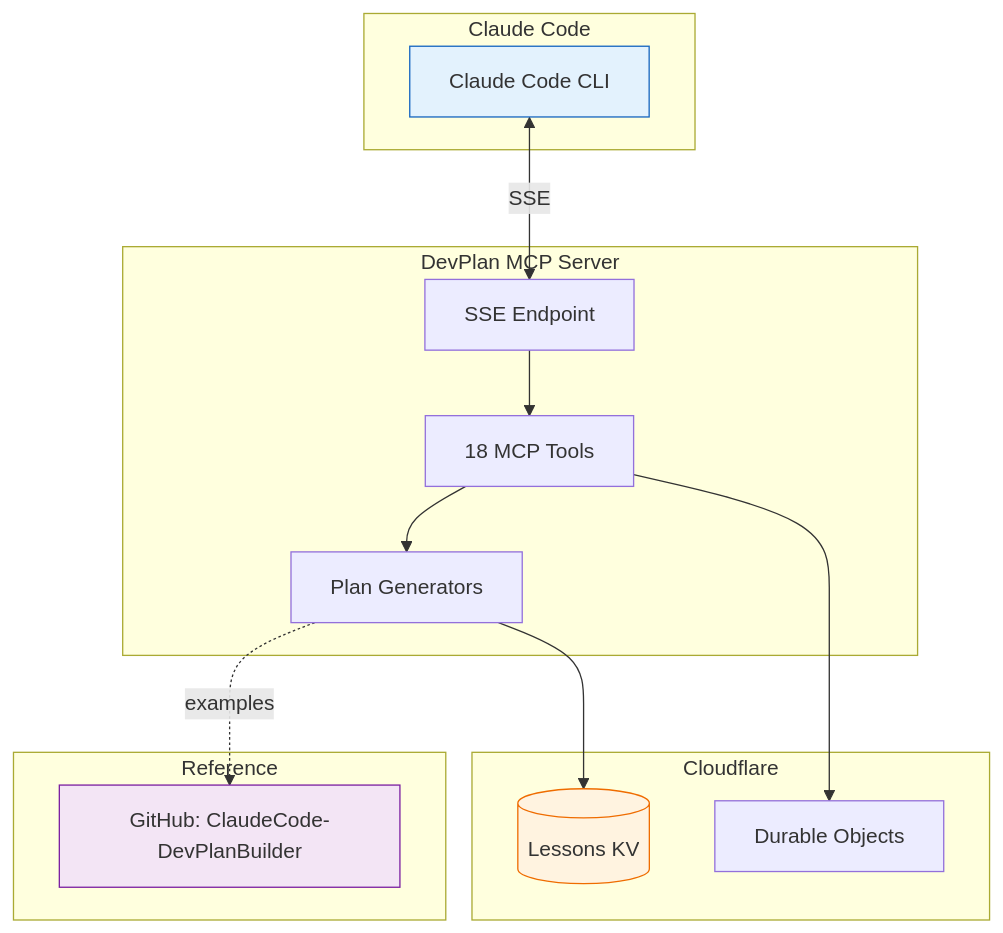
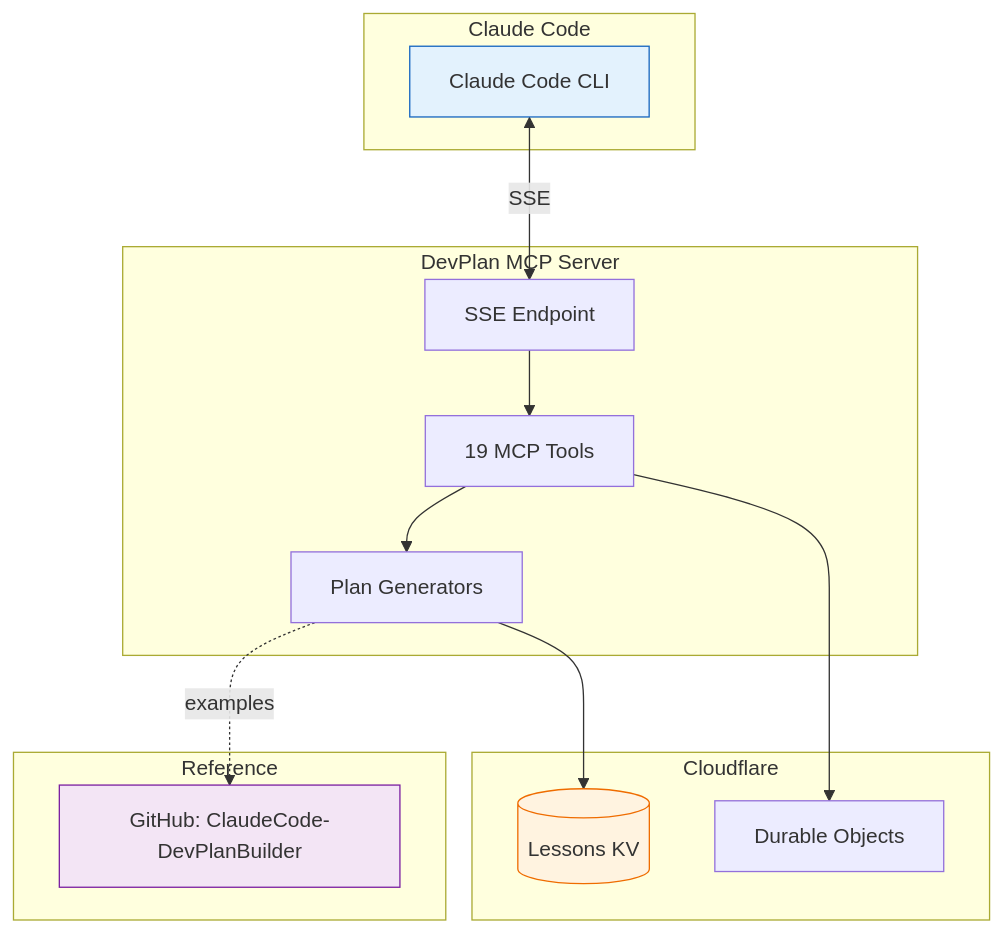
Before and after one commit to mmorris35/devplan-mcp-server: the fourth of 6 diagrams in README.md, drawn with Mermaid. The commit also changed other lines of this file, not shown here.

````diff
--- a/README.md
+++ b/README.md
@@ -210,32 +211,32 @@
 ```mermaid
 graph TB
     subgraph Client["Claude Code"]
         CC[Claude Code CLI]
     end
 
     subgraph MCP["DevPlan MCP Server"]
         SSE[SSE Endpoint]
-        Tools[18 MCP Tools]
+        Tools[19 MCP Tools]
         Gen[Plan Generators]
     end
 
     subgraph Storage["Cloudflare"]
         KV[(Lessons KV)]
         DO[Durable Objects]
     end
 
     subgraph Methodology["Reference"]
         GH[GitHub: ClaudeCode-DevPlanBuilder]
     end
 
     CC <-->|SSE| SSE
     SSE --> Tools
     Tools --> Gen
     Gen --> KV
     Tools --> DO
     Gen -.->|examples| GH
 
     style CC fill:#e3f2fd,stroke:#1565c0
     style KV fill:#fff3e0,stroke:#ef6c00
     style GH fill:#f3e5f5,stroke:#7b1fa2
 ```
````
